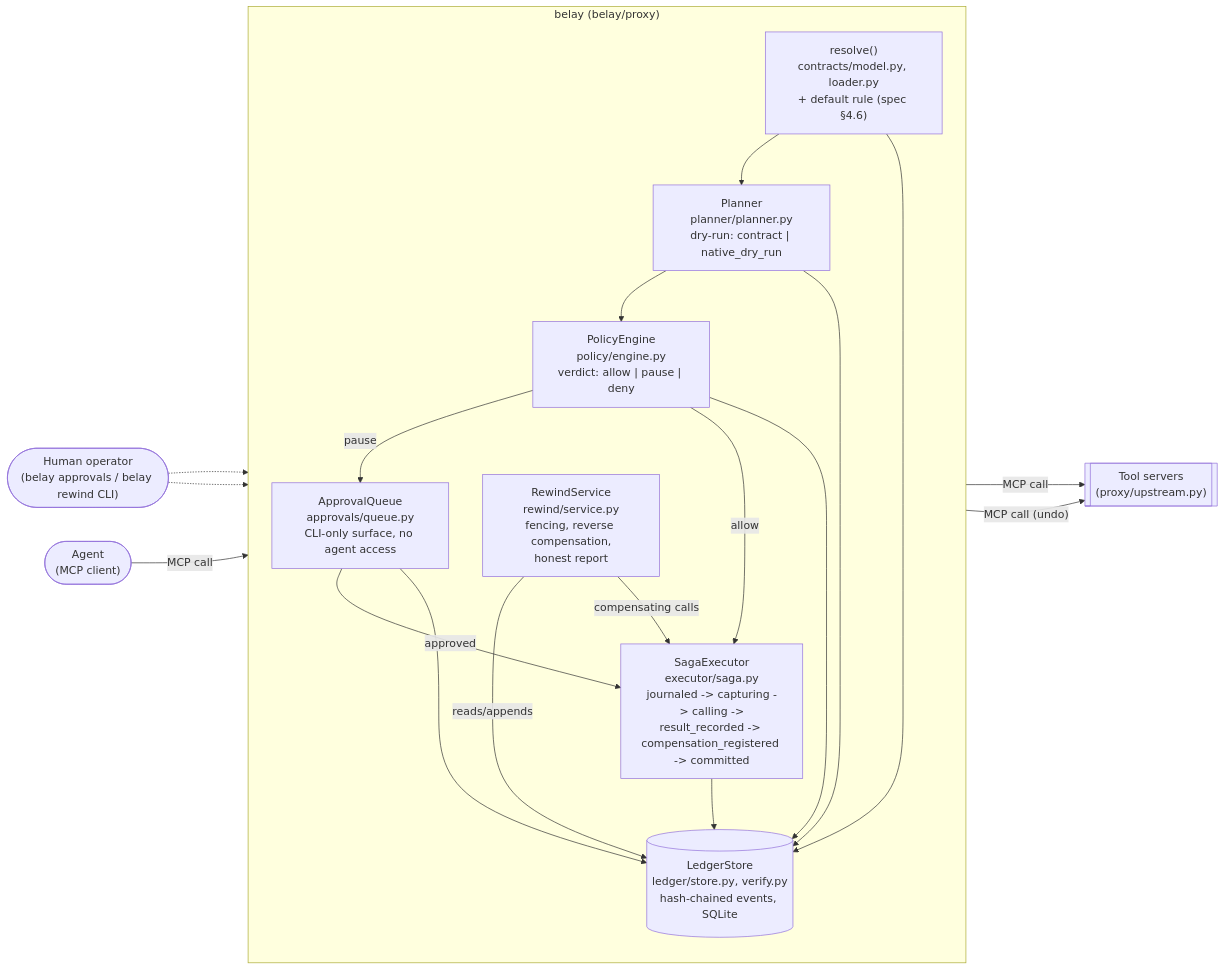
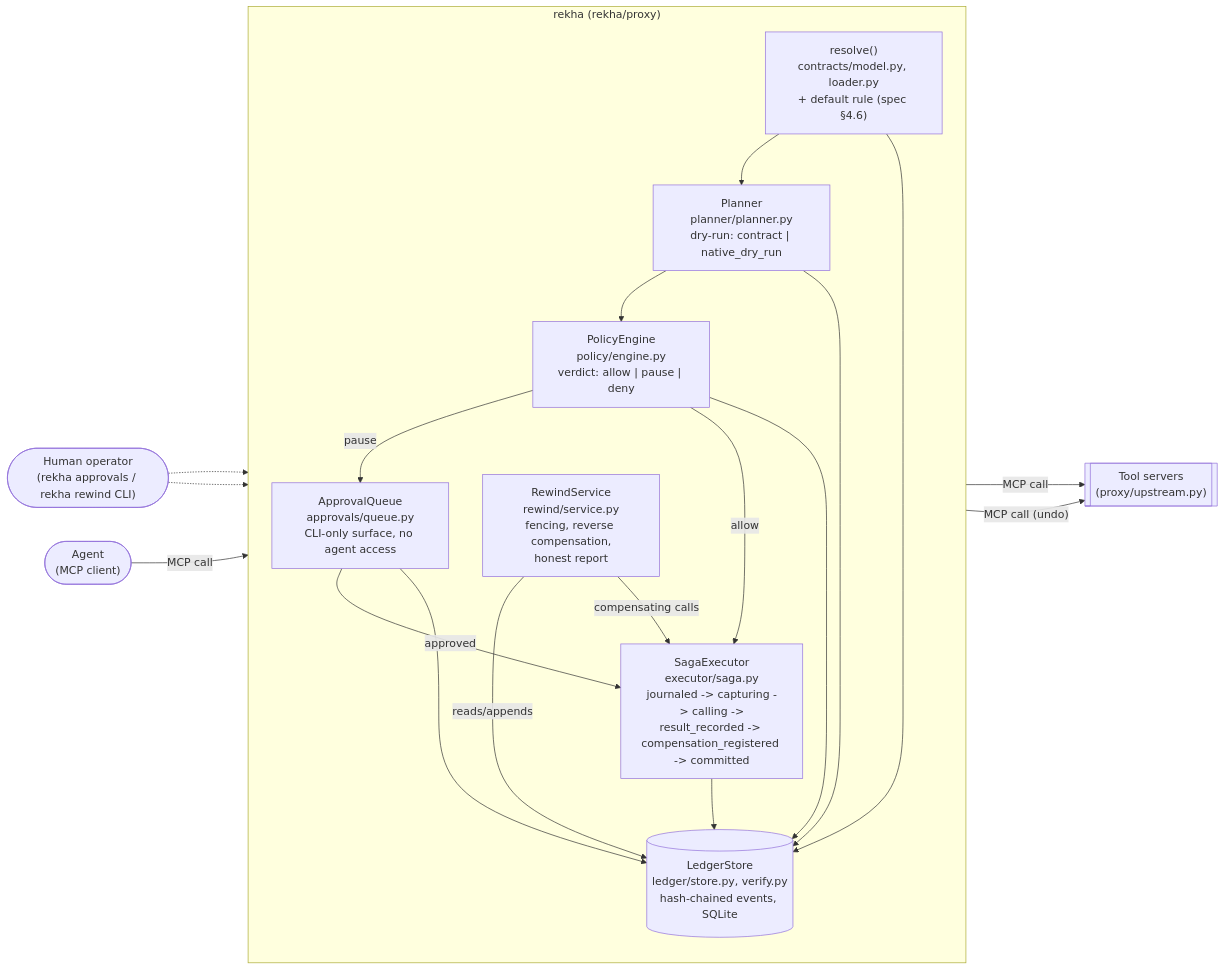
Before and after one commit to VexedPainter/Rekha-Razorpay-Recovery-Agent: the first of 2 diagrams in docs/architecture.md, drawn with Mermaid. The commit also changed other lines of this file and 284 other files, not shown here.

````diff
--- a/docs/architecture.md
+++ b/docs/architecture.md
@@ -11,33 +11,33 @@
 ```mermaid
 flowchart LR
     Agent(["Agent\n(MCP client)"]) -- MCP call --> Proxy
 
-    subgraph Proxy["belay (belay/proxy)"]
+    subgraph Proxy["rekha (rekha/proxy)"]
         direction TB
         Resolve["resolve()\ncontracts/model.py, loader.py\n+ default rule (spec §4.6)"]
         Plan["Planner\nplanner/planner.py\ndry-run: contract | native_dry_run"]
         Policy["PolicyEngine\npolicy/engine.py\nverdict: allow | pause | deny"]
         Approvals["ApprovalQueue\napprovals/queue.py\nCLI-only surface, no agent access"]
         Executor["SagaExecutor\nexecutor/saga.py\njournaled -> capturing -> calling ->\nresult_recorded -> compensation_registered -> committed"]
         Rewind["RewindService\nrewind/service.py\nfencing, reverse compensation,\nhonest report"]
         Ledger[("LedgerStore\nledger/store.py, verify.py\nhash-chained events, SQLite")]
 
         Resolve --> Plan --> Policy
         Policy -- pause --> Approvals
         Policy -- allow --> Executor
         Approvals -- approved --> Executor
         Executor --> Ledger
         Resolve --> Ledger
         Plan --> Ledger
         Policy --> Ledger
         Approvals --> Ledger
         Rewind -- reads/appends --> Ledger
         Rewind -- compensating calls --> Executor
     end
 
     Executor -- MCP call --> Tools[["Tool servers\n(proxy/upstream.py)"]]
     Rewind -- MCP call (undo) --> Tools
 
-    Operator(["Human operator\n(belay approvals / belay rewind CLI)"]) -.-> Approvals
+    Operator(["Human operator\n(rekha approvals / rekha rewind CLI)"]) -.-> Approvals
     Operator -.-> Rewind
 ```
````
